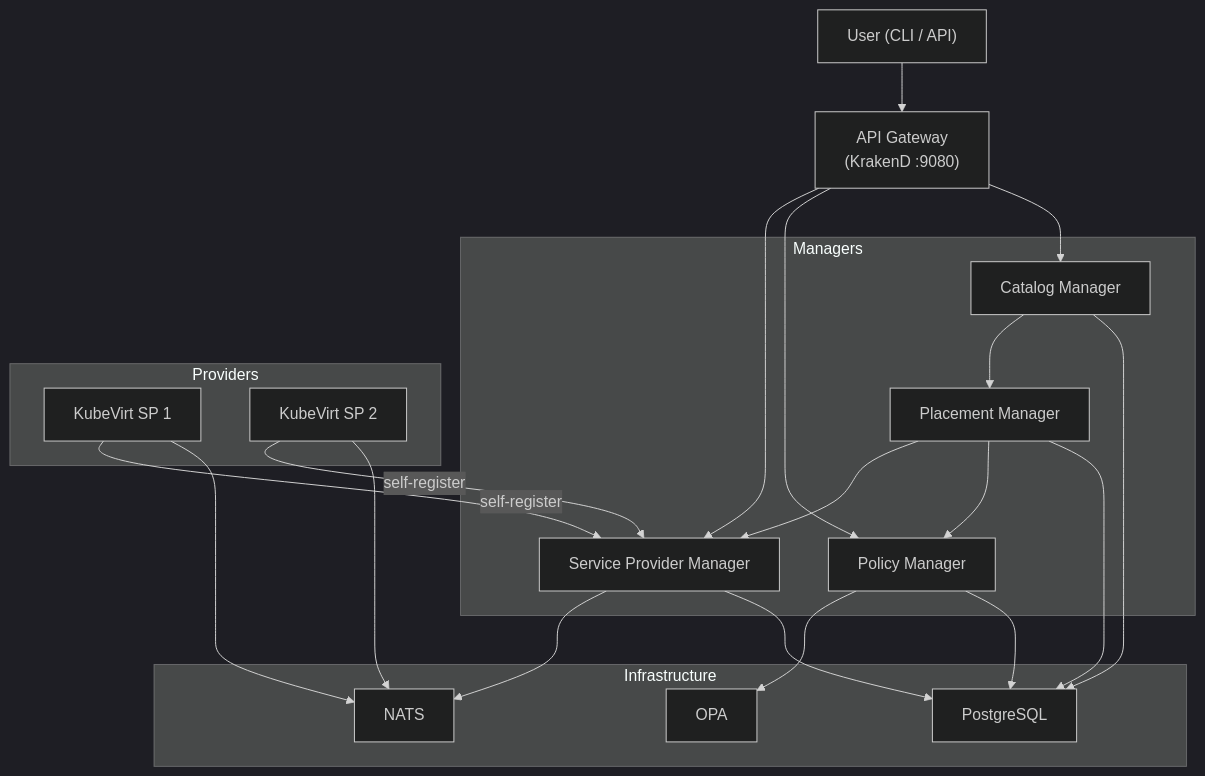
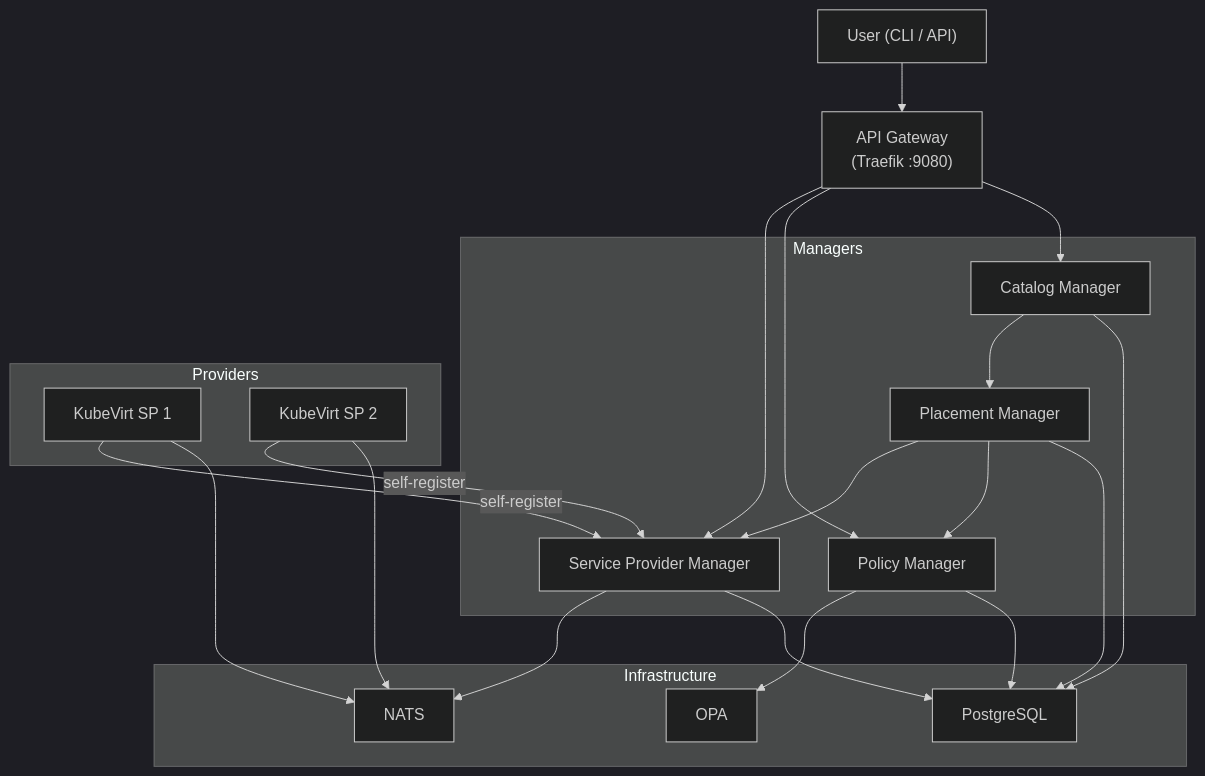
One commit to dcm-project/dcm-project.github.io changed the first of 2 diagrams in content/docs/getting-started/architecture.md. Above: the diagram before and after it, drawn with Mermaid (dark theme). The commit also changed 2 other files, not shown here.

Commit message:
docs: fix Getting Started guides for KrakenD-to-Traefik migration
Update architecture diagram, environment variable names, and
multi-provider command to match current api-gateway compose.yaml.

Fixes: FLPATH-3868

````diff
--- a/content/docs/getting-started/architecture.md
+++ b/content/docs/getting-started/architecture.md
@@ -11,44 +11,44 @@
 ```mermaid
 graph TD
     User["User (CLI / API)"]
-    GW["API Gateway<br/>(KrakenD :9080)"]
+    GW["API Gateway<br/>(Traefik :9080)"]
 
     subgraph Managers
         CM["Catalog Manager"]
         PM["Policy Manager"]
         PLM["Placement Manager"]
         SPM["Service Provider Manager"]
     end
 
     subgraph Infrastructure
         PG["PostgreSQL"]
         NATS["NATS"]
         OPA["OPA"]
     end
 
     subgraph Providers
         SP1["KubeVirt SP 1"]
         SP2["KubeVirt SP 2"]
     end
 
     User --> GW
     GW --> CM
     GW --> PM
     GW --> SPM
 
     CM --> PG
     PM --> PG
     PLM --> PG
     SPM --> PG
 
     PM --> OPA
     PLM --> PM
     PLM --> SPM
     CM --> PLM
 
     SPM --> NATS
     SP1 --> NATS
     SP2 --> NATS
     SP1 -->|self-register| SPM
     SP2 -->|self-register| SPM
 ```
````
